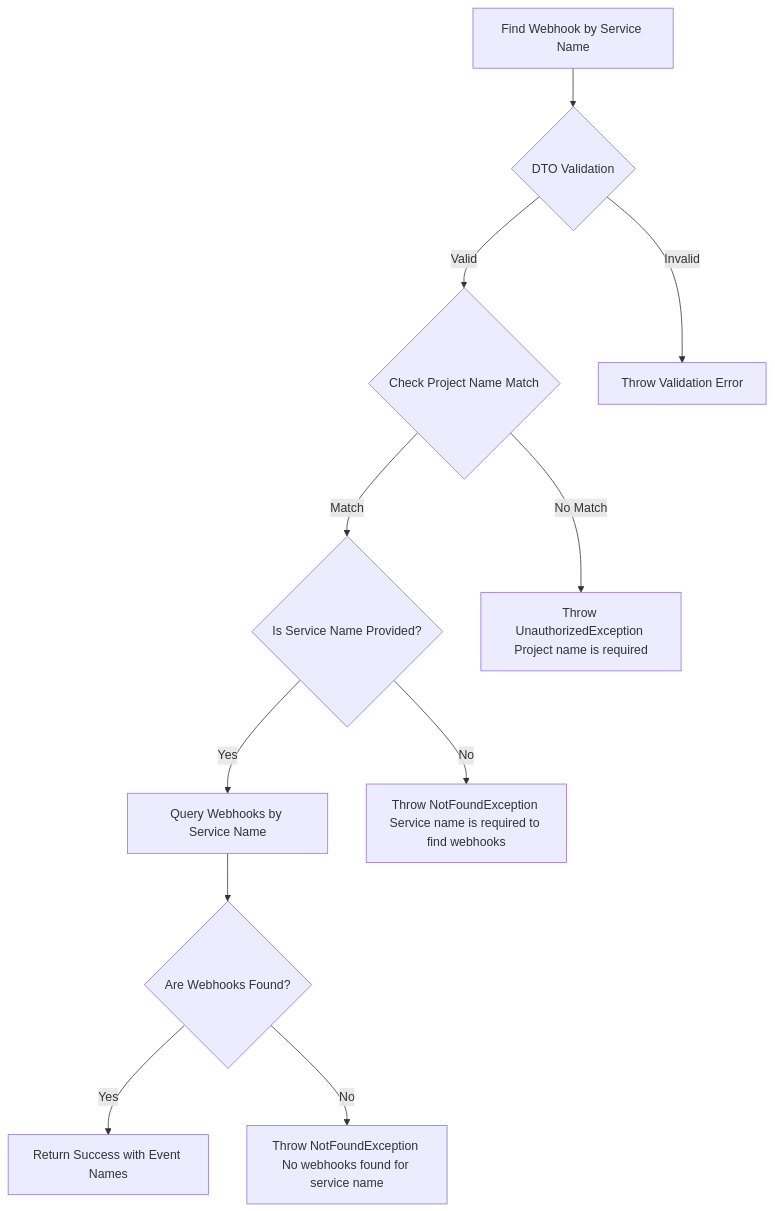
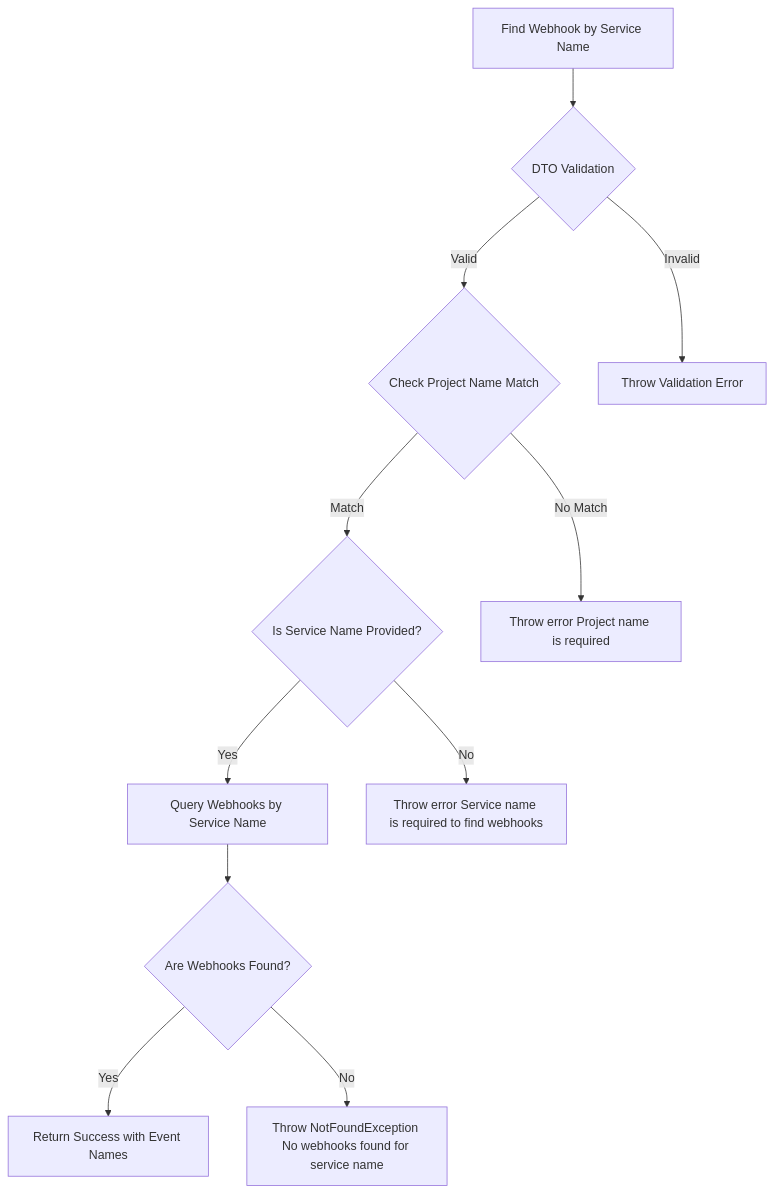
The seventh of 11 diagrams in sample.md (TechEagle-Innovations/webhooks-management-service), drawn with Mermaid before and after one commit. The commit also changed other lines of this file and 12 other files, not shown here.

````diff
--- a/sample.md
+++ b/sample.md
@@ -109,16 +109,16 @@
 ```mermaid
 flowchart TD
     A[Find Webhook by Service Name] --> B{DTO Validation}
     B -->|Valid| C{Check Project Name Match}
     B -->|Invalid| Z[Throw Validation Error]
 
     C -->|Match| D{Is Service Name Provided?}
-    C -->|No Match| Y[Throw UnauthorizedException Project name is required]
+    C -->|No Match| Y[Throw error Project name is required]
 
     D -->|Yes| E[Query Webhooks by Service Name]
-    D -->|No| X[Throw NotFoundException Service name is required to find webhooks]
+    D -->|No| X[Throw error Service name is required to find webhooks]
 
     E --> F{Are Webhooks Found?}
     F -->|Yes| G[Return Success with Event Names]
     F -->|No| H[Throw NotFoundException No webhooks found for service name]
 ```
````
